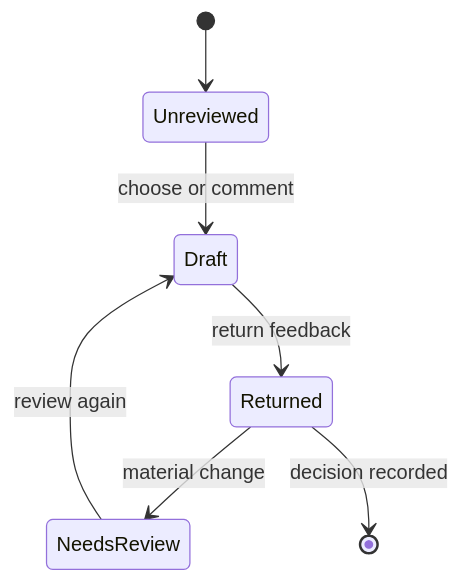
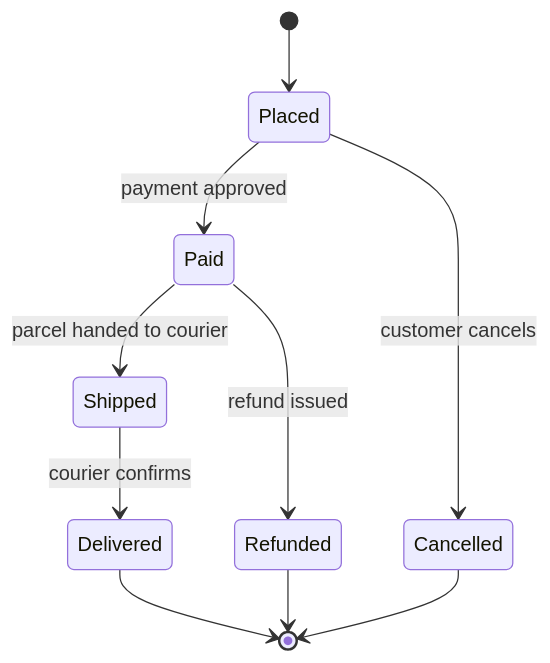
One commit to asabirov/mermaid-diagrams-skill changed the diagram in checks/state.mmd. Above: the diagram before and after it, drawn with Mermaid. The commit also changed 11 other files, not shown here.

```diff
--- a/checks/state.mmd
+++ b/checks/state.mmd
@@ -1,12 +1,15 @@
 stateDiagram-v2
-accTitle: Review choice lifecycle
-accDescr: Editing creates a draft. Returning feedback records a response. A material revision requires another review.
-[*] --> Unreviewed
-Unreviewed --> Draft: choose or comment
-Draft --> Returned: return feedback
-Returned --> NeedsReview: material change
-NeedsReview --> Draft: review again
-Returned --> [*]: decision recorded
+accTitle: Order lifecycle
+accDescr: A placed order is paid, shipped and delivered. It can be cancelled before payment and refunded after payment.
+[*] --> Placed
+Placed --> Paid: payment approved
+Placed --> Cancelled: customer cancels
+Paid --> Shipped: parcel handed to courier
+Paid --> Refunded: refund issued
+Shipped --> Delivered: courier confirms
+Delivered --> [*]
+Cancelled --> [*]
+Refunded --> [*]
 
-class Draft decision
-class Returned result
+class Paid decision
+class Delivered result
```
